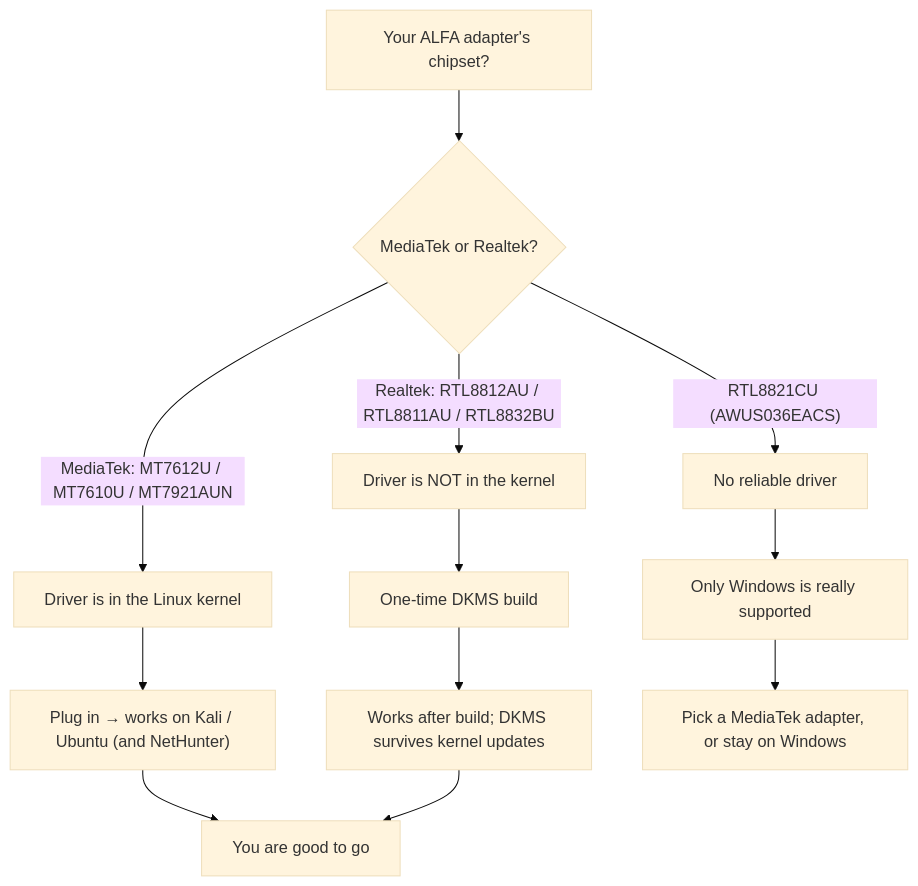
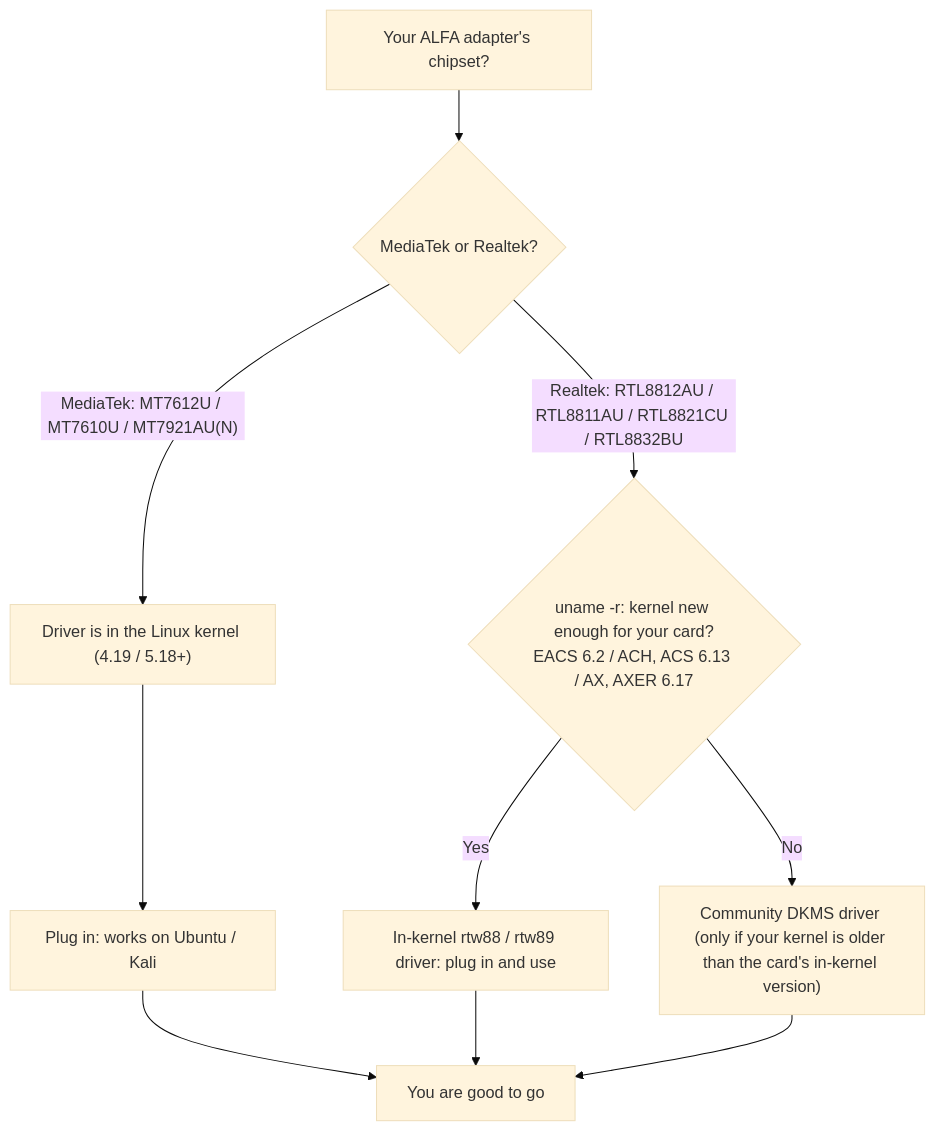
One commit to yopitek/yupitek-wiki changed the diagram in docs/01-alfa-network/linux-compatibility-matrix.md. Above: the diagram before and after it, drawn with Mermaid (base theme). The commit also changed other lines of this file and 108 other files, not shown here.

````diff
--- a/docs/01-alfa-network/linux-compatibility-matrix.md
+++ b/docs/01-alfa-network/linux-compatibility-matrix.md
@@ -15,14 +15,12 @@
 ```mermaid
 flowchart TD
     A["Your ALFA adapter's chipset?"] --> B{"MediaTek or Realtek?"}
-    B -->|"MediaTek: MT7612U / MT7610U / MT7921AUN"| C["Driver is in the Linux kernel"]
-    C --> D["Plug in → works on Kali / Ubuntu (and NetHunter)"]
-    B -->|"Realtek: RTL8812AU / RTL8811AU / RTL8832BU"| E["Driver is NOT in the kernel"]
-    E --> F["One-time DKMS build"]
-    F --> G["Works after build; DKMS survives kernel updates"]
-    B -->|"RTL8821CU (AWUS036EACS)"| H["No reliable driver"]
-    H --> I["Only Windows is really supported"]
+    B -->|"MediaTek: MT7612U / MT7610U / MT7921AU(N)"| C["Driver is in the Linux kernel (4.19 / 5.18+)"]
+    C --> D["Plug in: works on Ubuntu / Kali"]
+    B -->|"Realtek: RTL8812AU / RTL8811AU / RTL8821CU / RTL8832BU"| E{"uname -r: kernel new enough for your card?<br/>EACS 6.2 / ACH, ACS 6.13 / AX, AXER 6.17"}
+    E -->|"Yes"| F["In-kernel rtw88 / rtw89 driver: plug in and use"]
+    E -->|"No"| G["Community DKMS driver (only if your kernel is older than the card's in-kernel version)"]
     D --> J["You are good to go"]
+    F --> J
     G --> J
-    I --> K["Pick a MediaTek adapter, or stay on Windows"]
 ```
````
